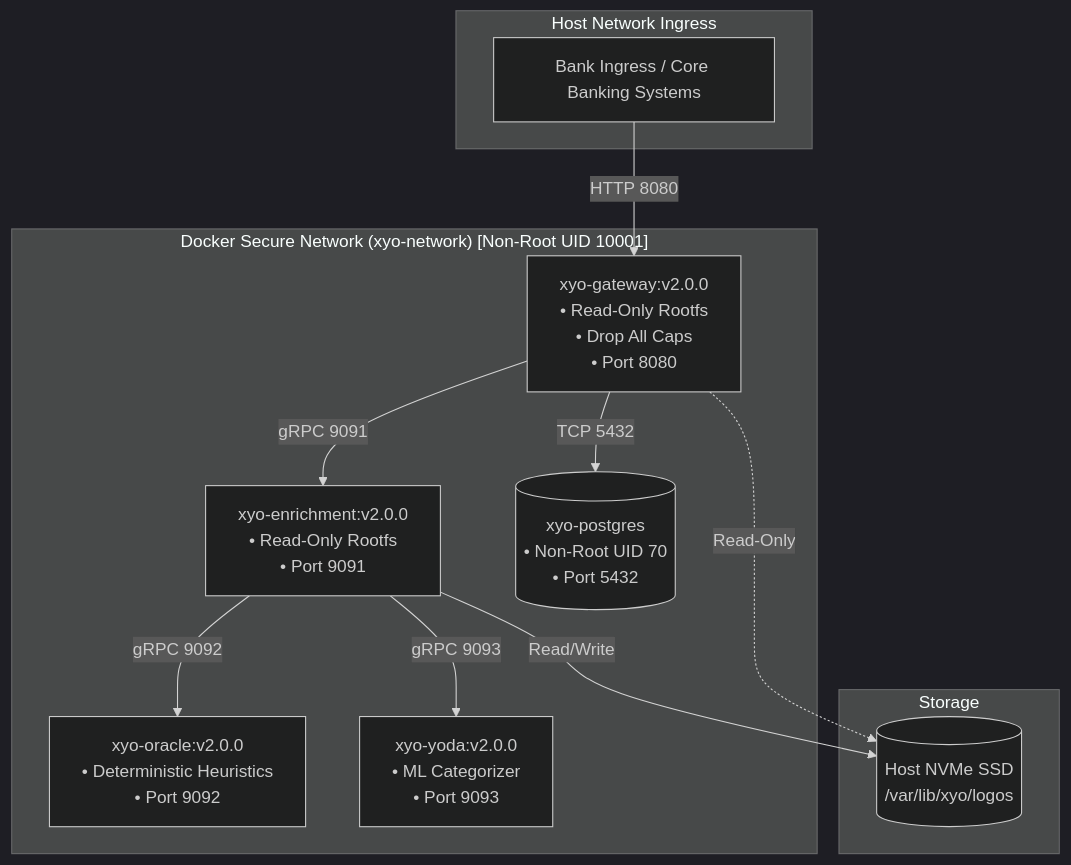
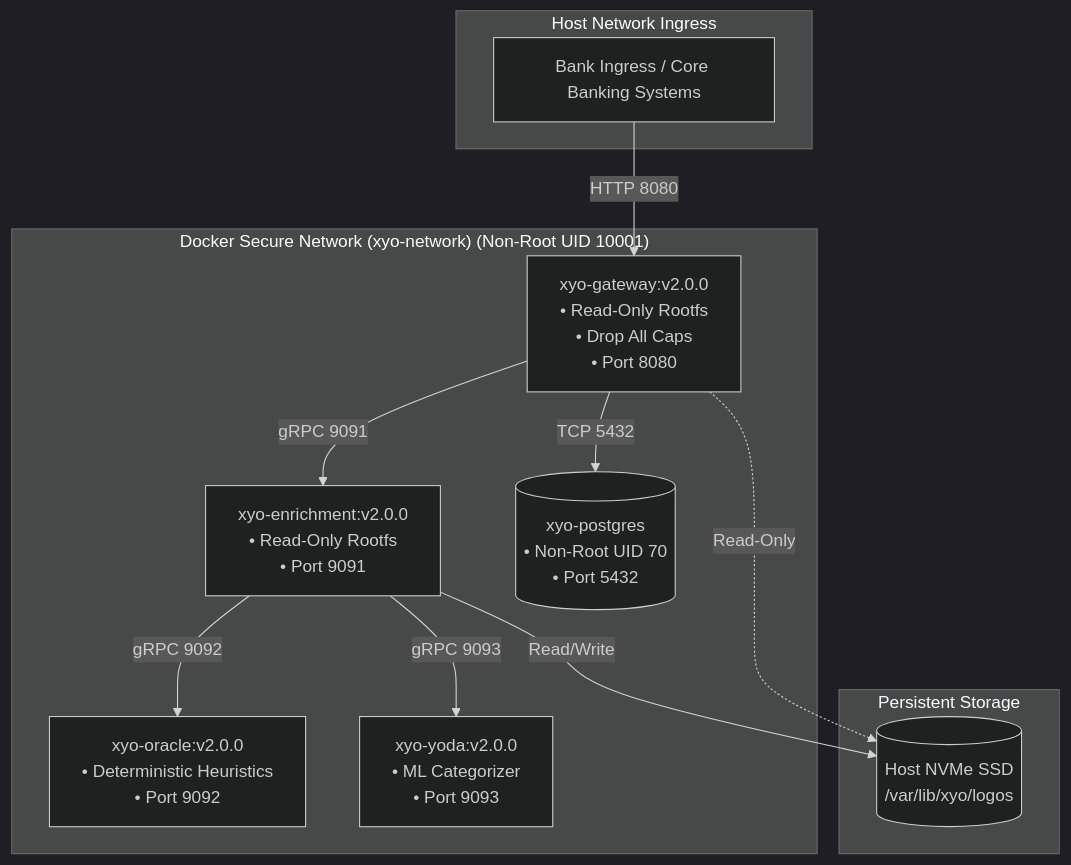
The diagram in onboarding/enterprise-gov/docker/README.md (xyo-financial/xyo-financial), drawn with Mermaid (dark theme) before and after one commit. The commit also changed 2 other files, not shown here.

Commit message:
fix(docs): fix mermaid diagram subgraph syntax across enterprise-gov docs (#11)

````diff
--- a/onboarding/enterprise-gov/docker/README.md
+++ b/onboarding/enterprise-gov/docker/README.md
@@ -33,26 +33,26 @@
 ```mermaid
 flowchart TD
-    subgraph Host Network Ingress
+    subgraph IngressNet ["Host Network Ingress"]
         Client["Bank Ingress / Core Banking Systems"]
     end
 
-    subgraph "Docker Secure Network (xyo-network) [Non-Root UID 10001]"
+    subgraph DockerNet ["Docker Secure Network (xyo-network) (Non-Root UID 10001)"]
         Gateway["xyo-gateway:v2.0.0<br/>• Read-Only Rootfs<br/>• Drop All Caps<br/>• Port 8080"]
         Enrichment["xyo-enrichment:v2.0.0<br/>• Read-Only Rootfs<br/>• Port 9091"]
         Oracle["xyo-oracle:v2.0.0<br/>• Deterministic Heuristics<br/>• Port 9092"]
         Yoda["xyo-yoda:v2.0.0<br/>• ML Categorizer<br/>• Port 9093"]
         DB[("xyo-postgres<br/>• Non-Root UID 70<br/>• Port 5432")]
     end
 
-    subgraph Storage
+    subgraph StorageNet ["Persistent Storage"]
         SSD[("Host NVMe SSD<br/>/var/lib/xyo/logos")]
     end
 
     Client -->|HTTP 8080| Gateway
     Gateway -->|gRPC 9091| Enrichment
     Gateway -->|TCP 5432| DB
     Enrichment -->|gRPC 9092| Oracle
     Enrichment -->|gRPC 9093| Yoda
     Enrichment -->|Read/Write| SSD
     Gateway -.->|Read-Only| SSD
 ```
````
